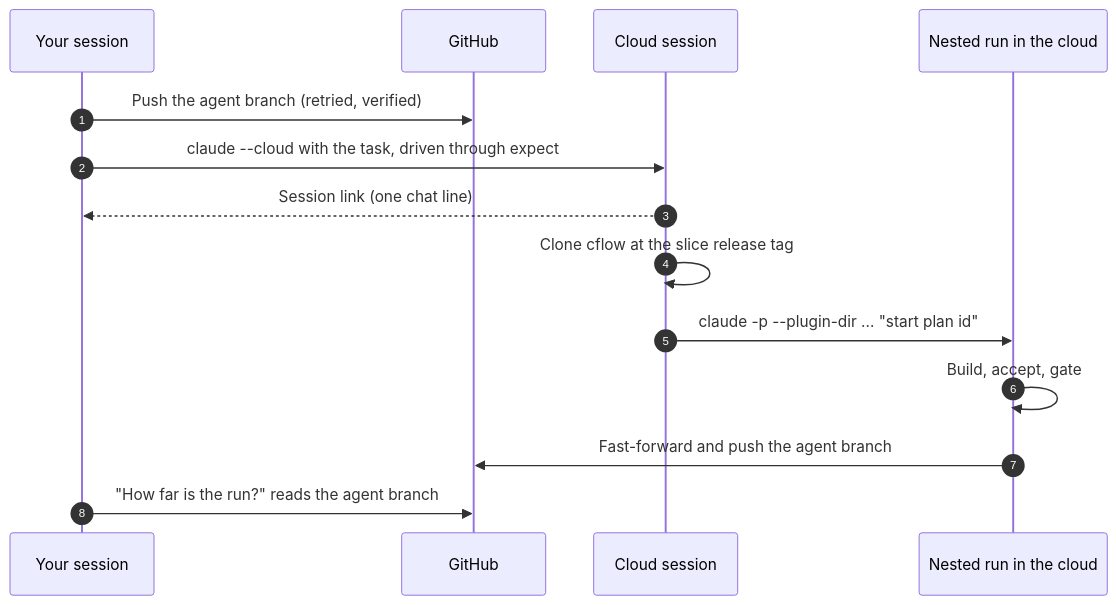
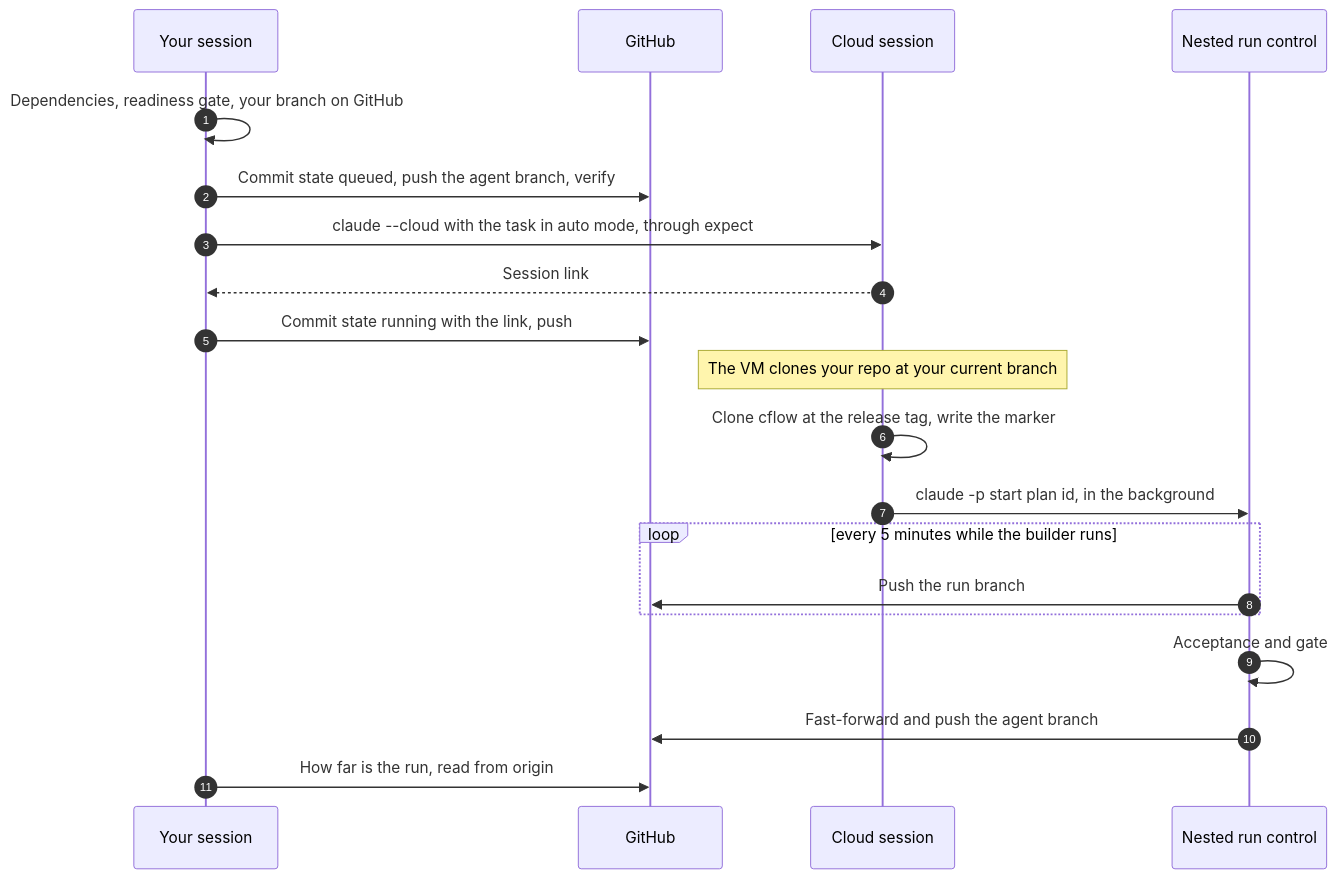
One commit to ahlerjam/cflow changed the seventh of 7 diagrams in plugins/slice/README.md. Above: the diagram before and after it, drawn with Mermaid. The commit also changed other lines of this file and 3 other files, not shown here.

````diff
--- a/plugins/slice/README.md
+++ b/plugins/slice/README.md
@@ -316,16 +341,22 @@
 ```mermaid
 sequenceDiagram
     autonumber
     participant S as Your session
     participant G as GitHub
     participant C as Cloud session
-    participant N as Nested run in the cloud
-    S->>G: Push the agent branch (retried, verified)
-    S->>C: claude --cloud with the task, driven through expect
-    C-->>S: Session link (one chat line)
-    C->>C: Clone cflow at the slice release tag
-    C->>N: claude -p --plugin-dir ... "start plan id"
-    N->>N: Build, accept, gate
+    participant N as Nested run control
+    S->>S: Dependencies, readiness gate, your branch on GitHub
+    S->>G: Commit state queued, push the agent branch, verify
+    S->>C: claude --cloud with the task in auto mode, through expect
+    C-->>S: Session link
+    S->>G: Commit state running with the link, push
+    Note over C: The VM clones your repo at your current branch
+    C->>C: Clone cflow at the release tag, write the marker
+    C->>N: claude -p start plan id, in the background
+    loop every 5 minutes while the builder runs
+        N->>G: Push the run branch
+    end
+    N->>N: Acceptance and gate
     N->>G: Fast-forward and push the agent branch
-    S->>G: "How far is the run?" reads the agent branch
+    S->>G: How far is the run, read from origin
 ```
````
